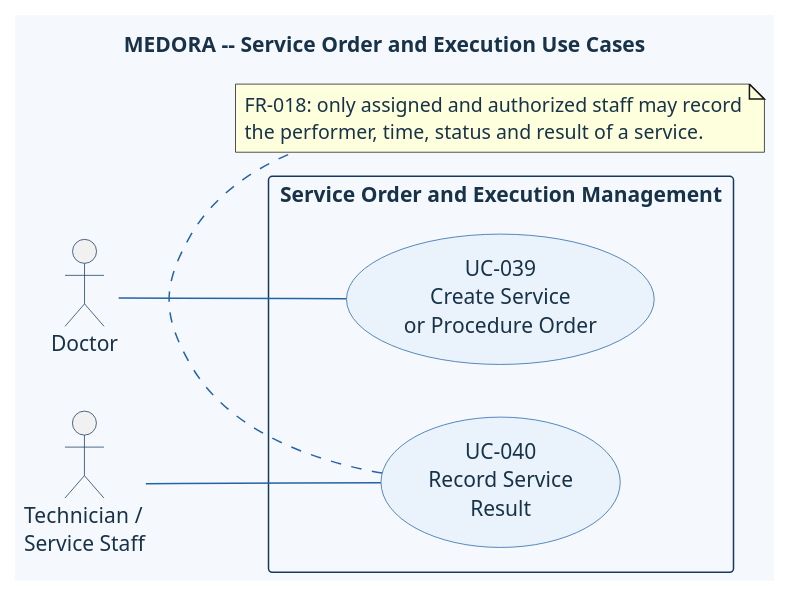
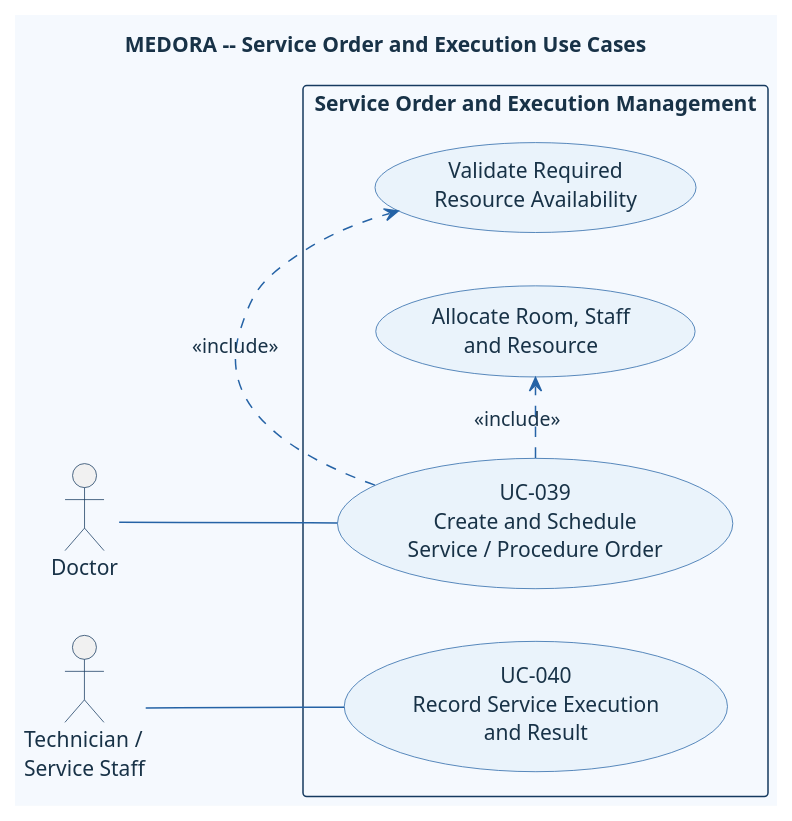
One commit to DucDung-1107/SysDes_2026.1_Group_08 changed the diagram in doc/asset/03-system-requirements/use-case-by-function/medical-examination/uml_code/service-order-execution.puml. Above: the diagram before and after it, drawn with PlantUML. The commit also changed 34 other files, not shown here.

```diff
--- a/doc/asset/03-system-requirements/use-case-by-function/medical-examination/uml_code/service-order-execution.puml
+++ b/doc/asset/03-system-requirements/use-case-by-function/medical-examination/uml_code/service-order-execution.puml
@@ -1,32 +1,33 @@
 @startuml
 title MEDORA -- Service Order and Execution Use Cases
 left to right direction
 skinparam shadowing false
 skinparam defaultFontName Arial
 skinparam defaultFontColor #183247
 skinparam backgroundColor #F5F9FE
 skinparam ArrowColor #2563A6
 skinparam UsecaseBackgroundColor #EAF3FB
 skinparam UsecaseBorderColor #2563A6
 skinparam UsecaseFontColor #183247
 skinparam ActorBorderColor #163A5F
 skinparam ActorFontColor #183247
 skinparam RectangleBackgroundColor #F5F9FE
 skinparam RectangleBorderColor #163A5F
 
 actor Doctor as doctor
 actor "Technician /\nService Staff" as technician
 
 rectangle "Service Order and Execution Management" {
-  usecase "UC-039\nCreate Service\nor Procedure Order" as order
-  usecase "UC-040\nRecord Service\nResult" as result
+  usecase "UC-039\nCreate and Schedule\nService / Procedure Order" as order
+  usecase "Validate Required\nResource Availability" as availability
+  usecase "Allocate Room, Staff\nand Resource" as allocation
+  usecase "UC-040\nRecord Service Execution\nand Result" as result
 }
 
 doctor -- order
 technician -- result
 
-note bottom of result
-  FR-018: only assigned and authorized staff may record
-  the performer, time, status and result of a service.
-end note
+order .> availability : <<include>>
+order .> allocation : <<include>>
+
 @enduml
```
